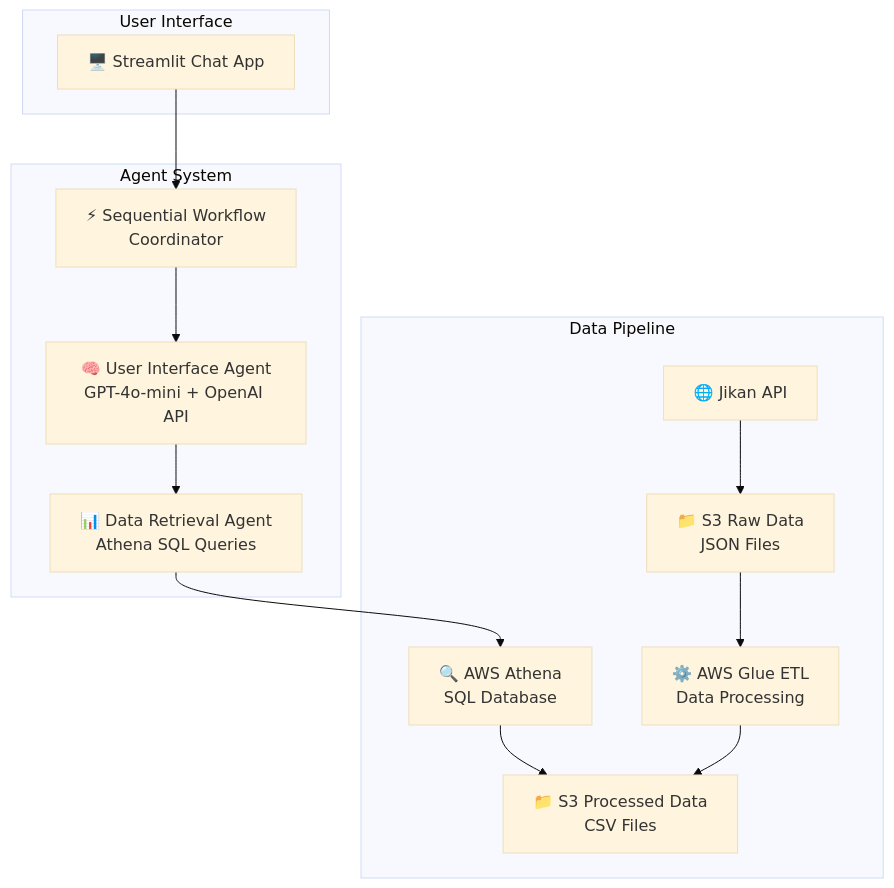
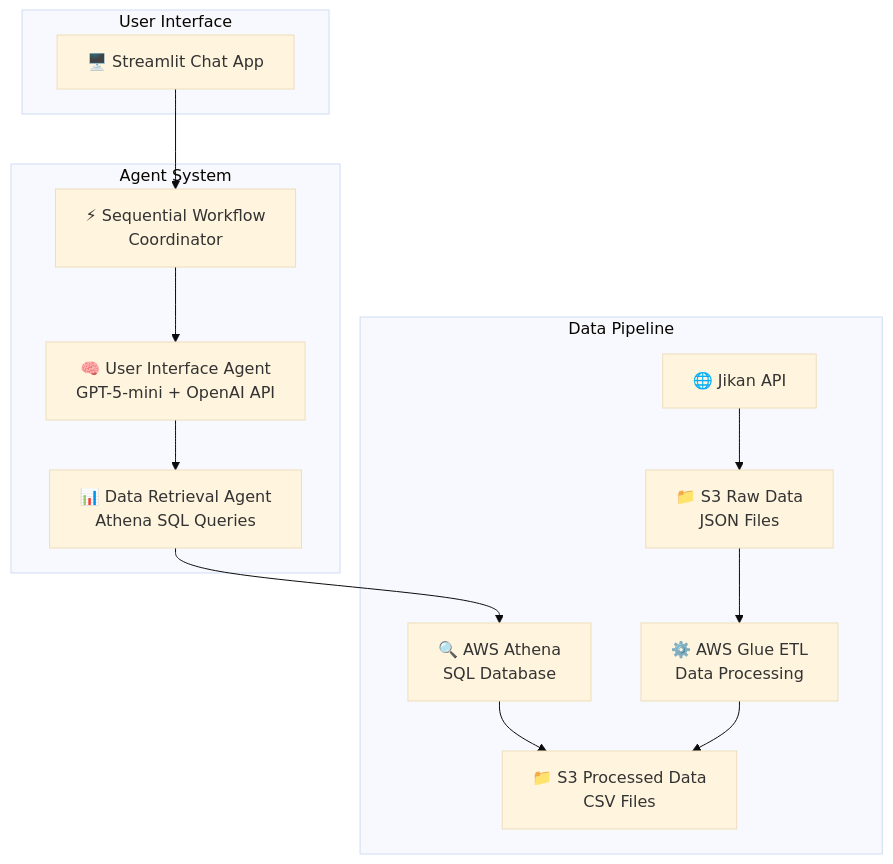
One commit to huyvu203/Anime-MVP changed the diagram in README.md. Above: the diagram before and after it, drawn with Mermaid (base theme). The commit also changed other lines of this file and 3 other files, not shown here.

Commit message:
change user interface agent to gpt-5-mini from gpr-4o-mini

````diff
--- a/README.md
+++ b/README.md
@@ -51,30 +51,30 @@
 ```mermaid
 flowchart TD
     subgraph "User Interface"
         UI[🖥️ Streamlit Chat App]
     end
     
     subgraph "Agent System"
-        UIA[🧠 User Interface Agent<br/>GPT-4o-mini + OpenAI API]
+        UIA[🧠 User Interface Agent<br/>GPT-5-mini + OpenAI API]
         DRA[📊 Data Retrieval Agent<br/>Athena SQL Queries]
         WF[⚡ Sequential Workflow<br/>Coordinator]
     end
     
     subgraph "Data Pipeline"
         JIKAN[🌐 Jikan API]
         S3RAW[📁 S3 Raw Data<br/>JSON Files]
         GLUE[⚙️ AWS Glue ETL<br/>Data Processing]
         S3PROC[📁 S3 Processed Data<br/>CSV Files]
         ATHENA[🔍 AWS Athena<br/>SQL Database]
     end
     
     UI --> WF
     WF --> UIA
     UIA --> DRA
     DRA --> ATHENA
     ATHENA --> S3PROC
     
     JIKAN --> S3RAW
     S3RAW --> GLUE
     GLUE --> S3PROC
 ```
````
